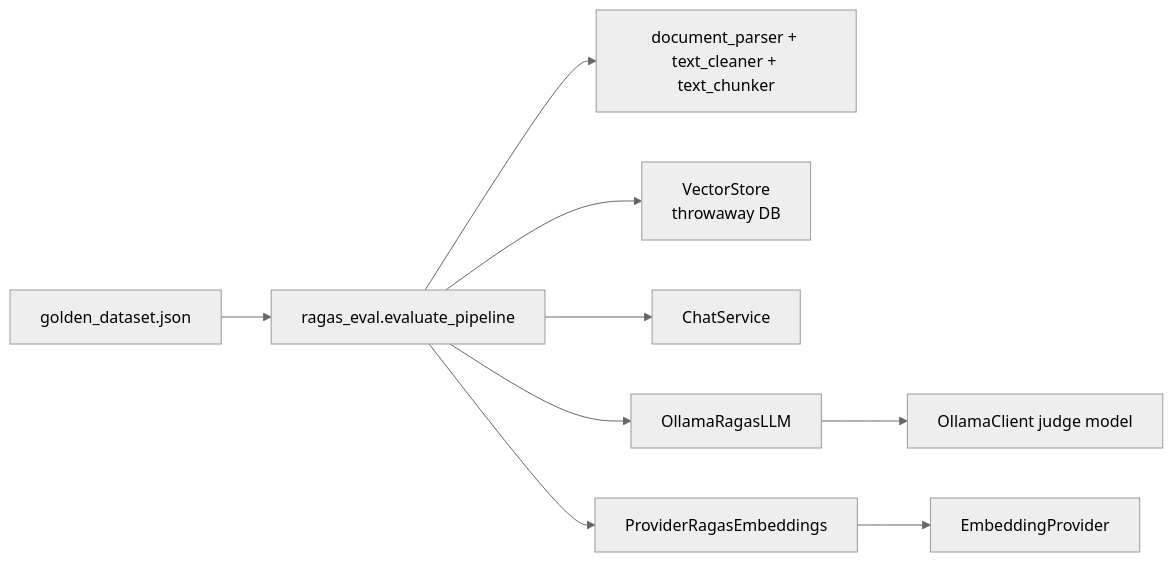
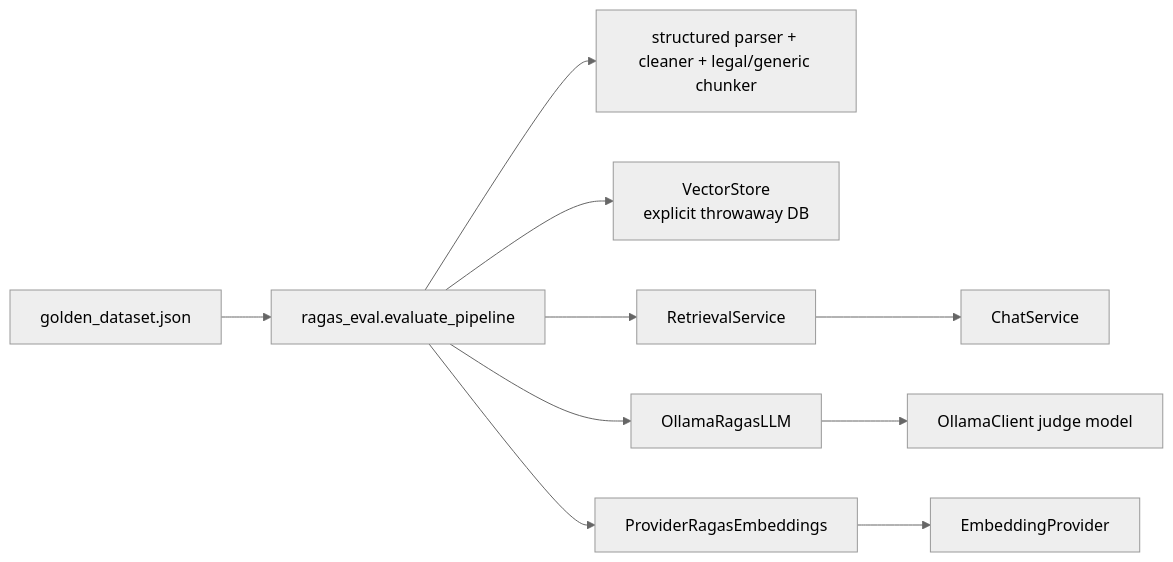
The diagram in docs/evaluation.md (VicariousVision/scatterbrain), drawn with Mermaid (neutral theme) before and after one commit. The commit also changed other lines of this file and 66 other files, not shown here.

````diff
--- a/docs/evaluation.md
+++ b/docs/evaluation.md
@@ -12,11 +12,12 @@
 ```mermaid
 flowchart LR
     GD[golden_dataset.json] --> RE[ragas_eval.evaluate_pipeline]
-    RE --> P[document_parser + text_cleaner + text_chunker]
-    RE --> VS[VectorStore<br/>throwaway DB]
-    RE --> CS[ChatService]
+    RE --> P[structured parser + cleaner + legal/generic chunker]
+    RE --> VS[VectorStore<br/>explicit throwaway DB]
+    RE --> RS[RetrievalService]
+    RS --> CS[ChatService]
     RE --> J[OllamaRagasLLM]
     RE --> E[ProviderRagasEmbeddings]
     J --> OC[OllamaClient judge model]
     E --> EP[EmbeddingProvider]
 ```
````
